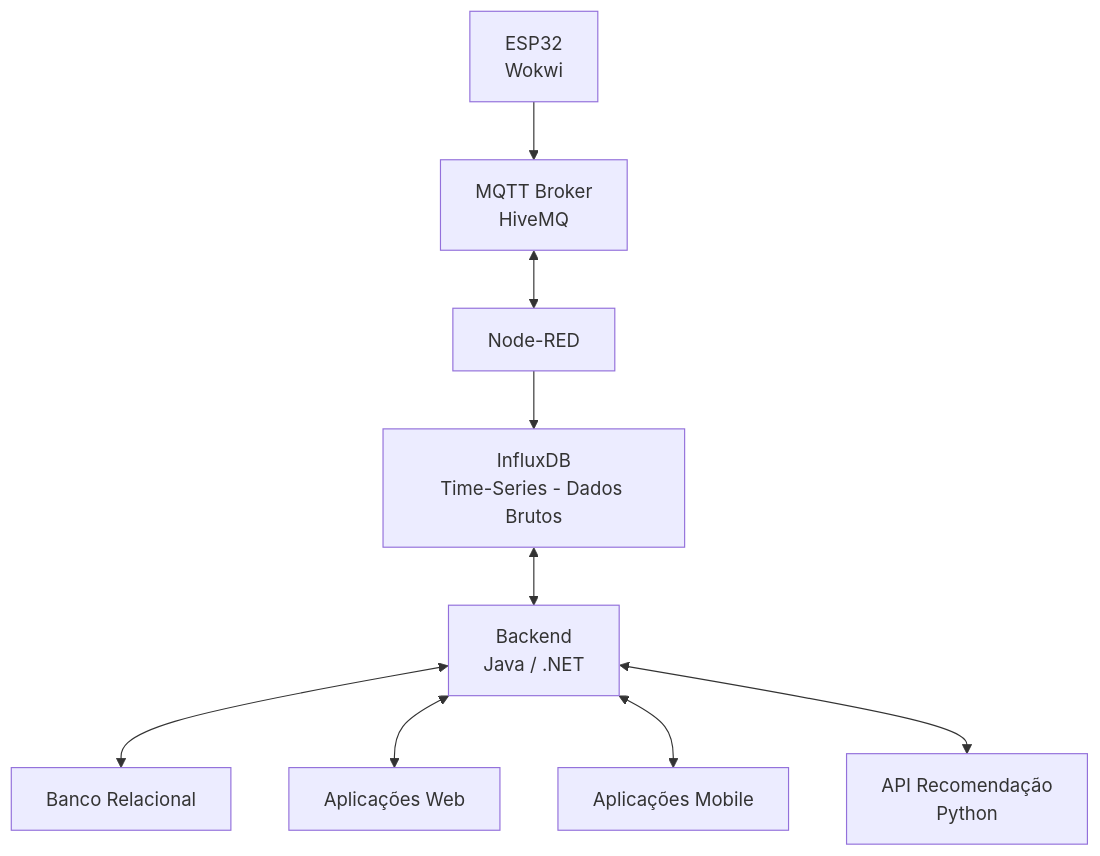
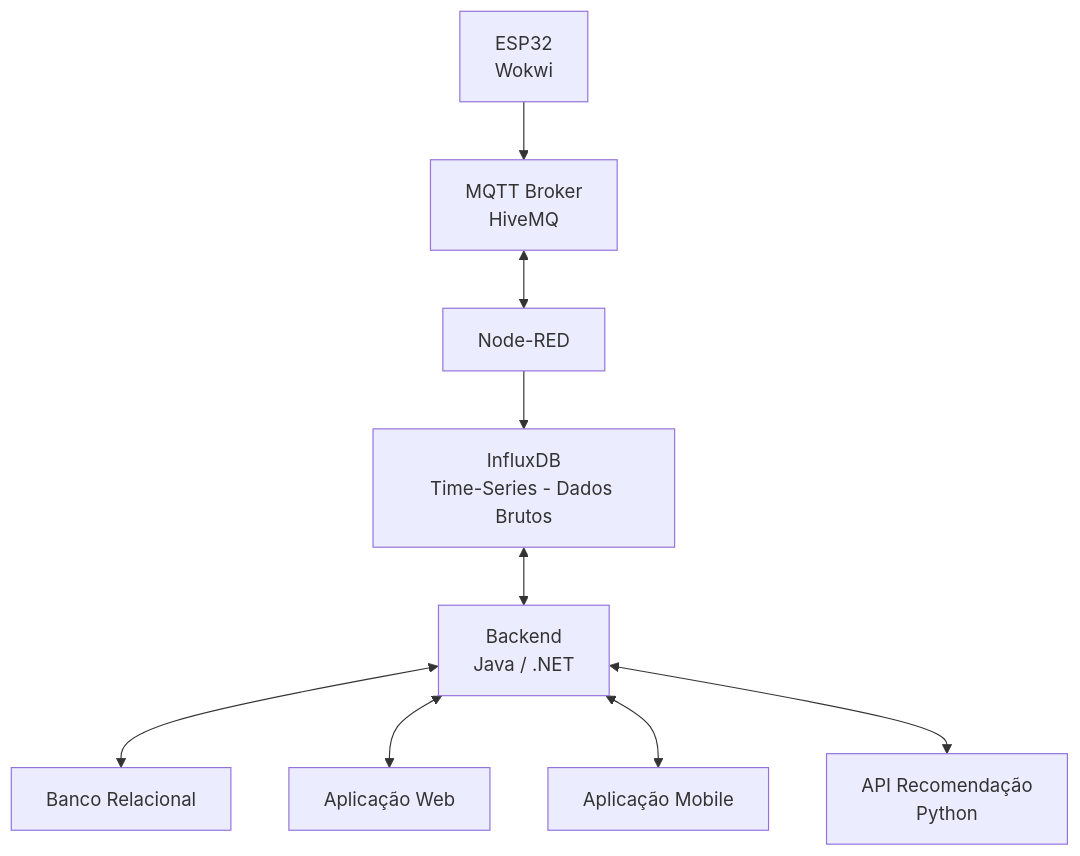
One commit to profAndreSouza/Material changed the first of 2 diagrams in Projeto Integrador/README.md. Above: the diagram before and after it, drawn with Mermaid. The commit also changed other lines of this file, not shown here.

````diff
--- a/Projeto Integrador/README.md
+++ b/Projeto Integrador/README.md
@@ -43,13 +43,13 @@
 ```mermaid
 
 flowchart 
     A[ESP32<br/>Wokwi] --> B[MQTT Broker<br/>HiveMQ]
     B <--> C[Node-RED]
     C --> D[InfluxDB<br/>Time-Series - Dados Brutos]
     D <--> E[Backend<br/>Java / .NET]
     E <--> F[Banco Relacional]
-    E <--> G[Aplicações Web]
-    E <--> H[Aplicações Mobile]
+    E <--> G[Aplicação Web]
+    E <--> H[Aplicação Mobile]
     E <--> I[API Recomendação<br/>Python]
 
 ```
````
